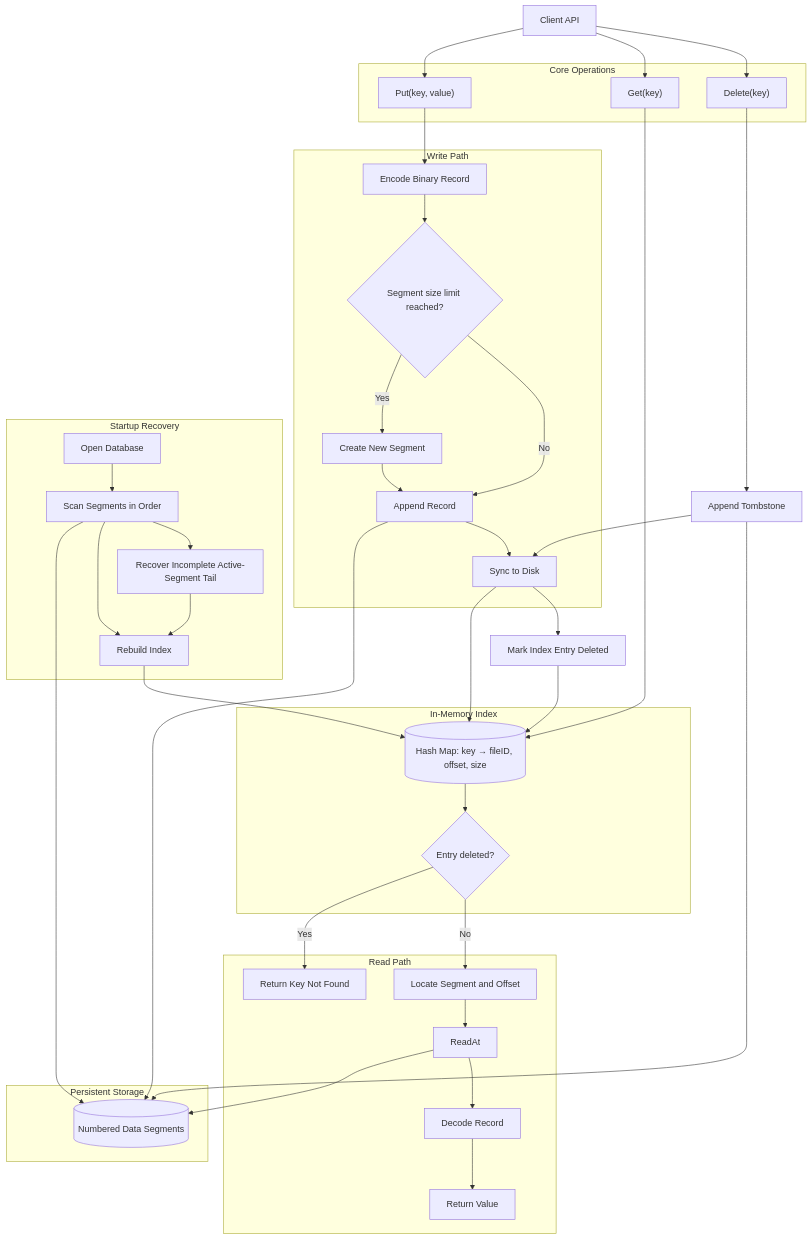
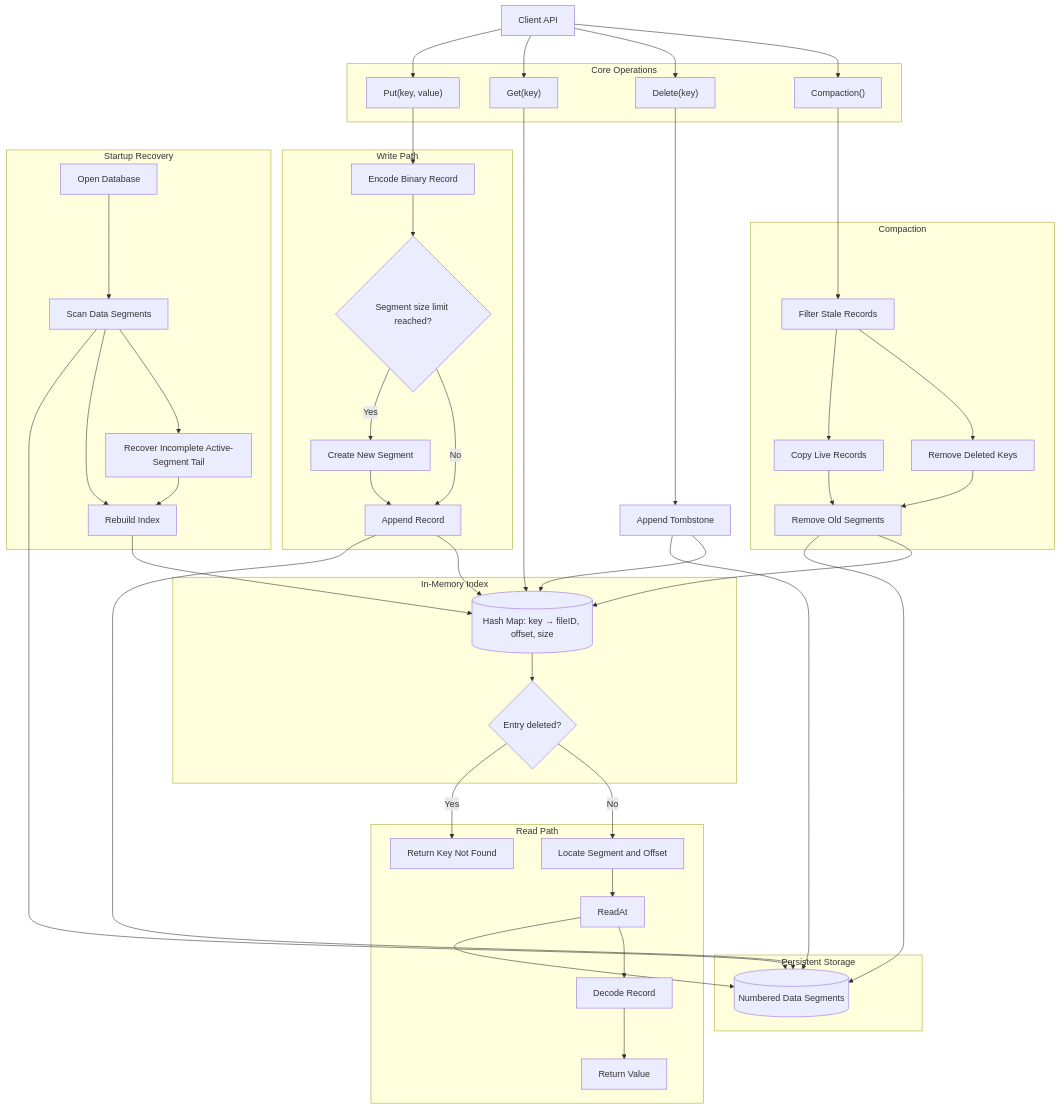
One commit to py3-coder/bitcask-go changed the diagram in README.md. Above: the diagram before and after it, drawn with Mermaid. The commit also changed other lines of this file and 2 other files, not shown here.

Commit message:
feat(storage): implement tombstone deletion and log compaction

````diff
--- a/README.md
+++ b/README.md
@@ -118,6 +124,7 @@
         Put["Put(key, value)"]
         Get["Get(key)"]
         Delete["Delete(key)"]
+        Compact["Compaction()"]
     end
 
     subgraph WritePath["Write Path"]
@@ -125,7 +132,6 @@
         Rotate{"Segment size limit reached?"}
         NewSegment["Create New Segment"]
         Append["Append Record"]
-        Sync["Sync to Disk"]
     end
 
     subgraph Storage["Persistent Storage"]
@@ -147,14 +153,22 @@
 
     subgraph Recovery["Startup Recovery"]
         Open["Open Database"]
-        Scan["Scan Segments in Order"]
+        Scan["Scan Data Segments"]
         Rebuild["Rebuild Index"]
         Tail["Recover Incomplete Active-Segment Tail"]
+    end
+
+    subgraph Compaction["Compaction"]
+        Filter["Filter Stale Records"]
+        Live["Copy Live Records"]
+        Tombstones["Remove Deleted Keys"]
+        Cleanup["Remove Old Segments"]
     end
 
     Client --> Put
     Client --> Get
     Client --> Delete
+    Client --> Compact
 
     Put --> Encode
     Encode --> Rotate
@@ -162,14 +176,11 @@
     NewSegment --> Append
     Rotate -- No --> Append
     Append --> Segments
-    Append --> Sync
-    Sync --> Index
+    Append --> Index
 
     Delete --> AppendTombstone["Append Tombstone"]
     AppendTombstone --> Segments
-    AppendTombstone --> Sync
-    Sync --> MarkDeleted["Mark Index Entry Deleted"]
-    MarkDeleted --> Index
+    AppendTombstone --> Index
 
     Get --> Index
     Index --> Deleted
@@ -186,4 +197,12 @@
     Scan --> Tail
     Tail --> Rebuild
     Rebuild --> Index
+
+    Compact --> Filter
+    Filter --> Live
+    Filter --> Tombstones
+    Live --> Cleanup
+    Tombstones --> Cleanup
+    Cleanup --> Segments
+    Cleanup --> Index
 ```
````
